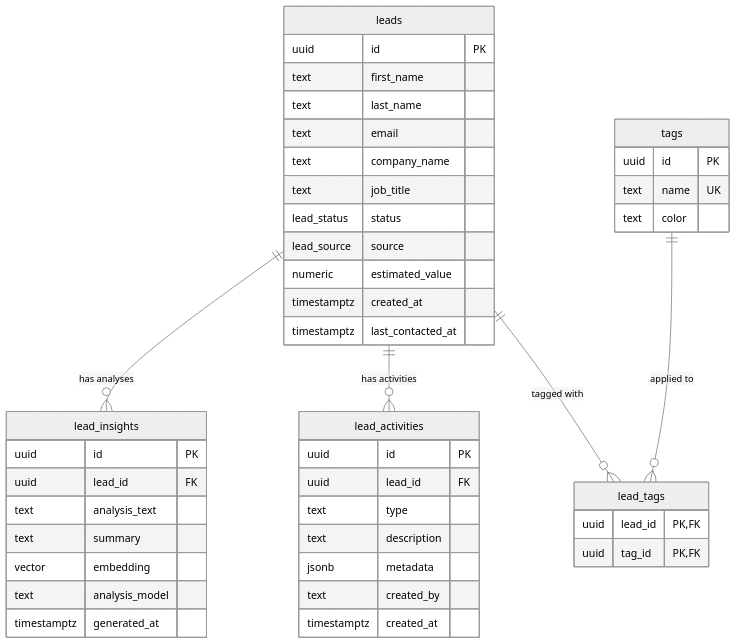
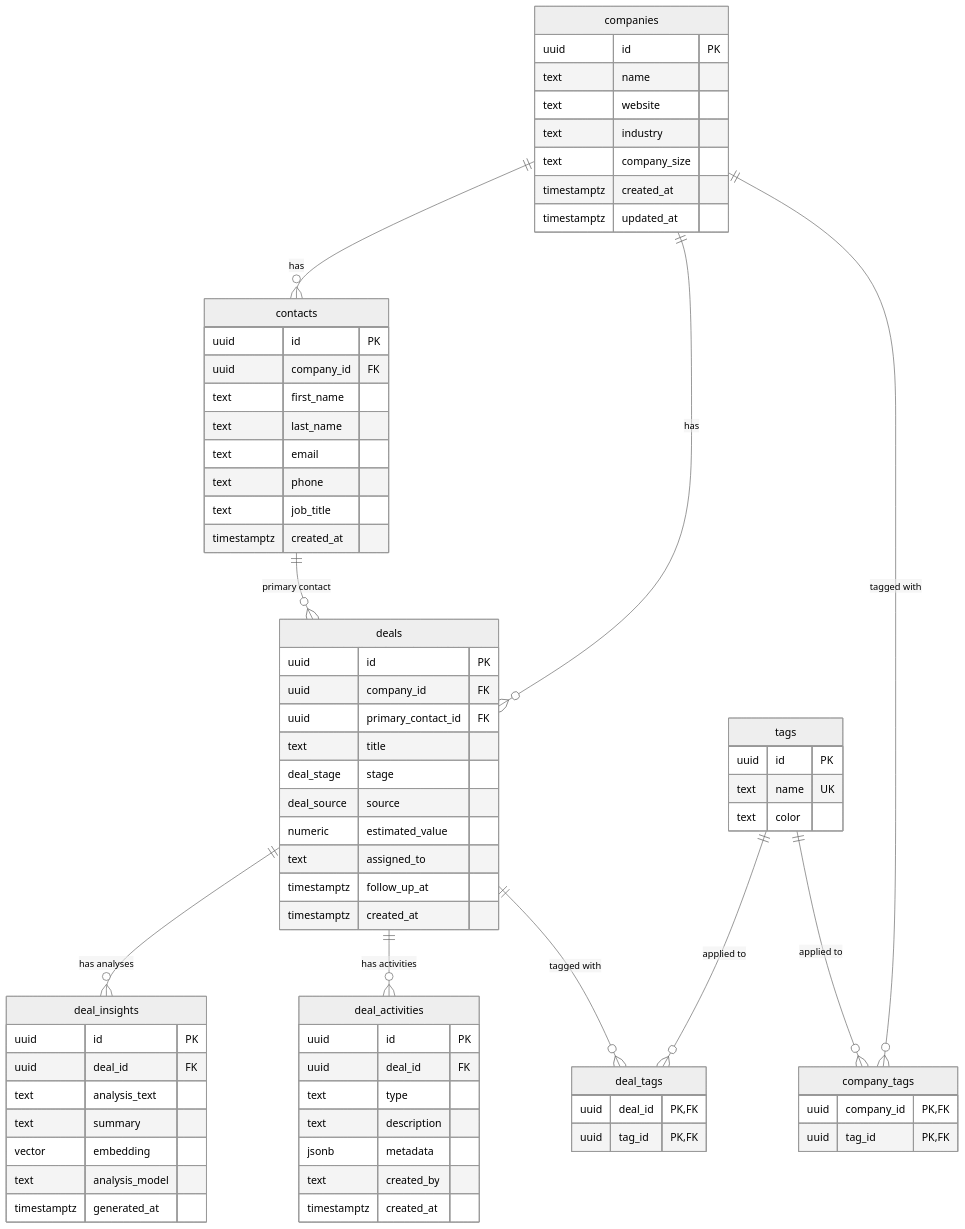
Before and after one commit to wenindoubt/admin.wenindoubt.com: the diagram in docs/data-model.md, drawn with Mermaid (neutral theme). The commit also changed other lines of this file and 15 other files, not shown here.

````diff
--- a/docs/data-model.md
+++ b/docs/data-model.md
@@ -5,48 +5,75 @@
 ```mermaid
 erDiagram
-    leads {
+    companies {
         uuid id PK
+        text name
+        text website
+        text industry
+        text company_size
+        timestamptz created_at
+        timestamptz updated_at
+    }
+    contacts {
+        uuid id PK
+        uuid company_id FK
         text first_name
         text last_name
         text email
-        text company_name
+        text phone
         text job_title
-        lead_status status
-        lead_source source
+        timestamptz created_at
+    }
+    deals {
+        uuid id PK
+        uuid company_id FK
+        uuid primary_contact_id FK
+        text title
+        deal_stage stage
+        deal_source source
         numeric estimated_value
+        text assigned_to
+        timestamptz follow_up_at
         timestamptz created_at
-        timestamptz last_contacted_at
     }
-    lead_insights {
+    deal_insights {
         uuid id PK
-        uuid lead_id FK
+        uuid deal_id FK
         text analysis_text
         text summary
         vector embedding
         text analysis_model
         timestamptz generated_at
     }
-    lead_activities {
+    deal_activities {
         uuid id PK
-        uuid lead_id FK
+        uuid deal_id FK
         text type
         text description
         jsonb metadata
         text created_by
         timestamptz created_at
     }
     tags {
         uuid id PK
         text name UK
         text color
     }
-    lead_tags {
-        uuid lead_id PK,FK
+    deal_tags {
+        uuid deal_id PK,FK
+        uuid tag_id PK,FK
+    }
+    company_tags {
+        uuid company_id PK,FK
         uuid tag_id PK,FK
     }
 
-    leads ||--o{ lead_insights : "has analyses"
-    leads ||--o{ lead_activities : "has activities"
-    leads ||--o{ lead_tags : "tagged with"
-    tags ||--o{ lead_tags : "applied to"
+    companies ||--o{ contacts : "has"
+    companies ||--o{ deals : "has"
+    contacts ||--o{ deals : "primary contact"
+    deals ||--o{ deal_insights : "has analyses"
+    deals ||--o{ deal_activities : "has activities"
+    deals ||--o{ deal_tags : "tagged with"
+    companies ||--o{ company_tags : "tagged with"
+    tags ||--o{ deal_tags : "applied to"
+    tags ||--o{ company_tags : "applied to"
 ```
````
